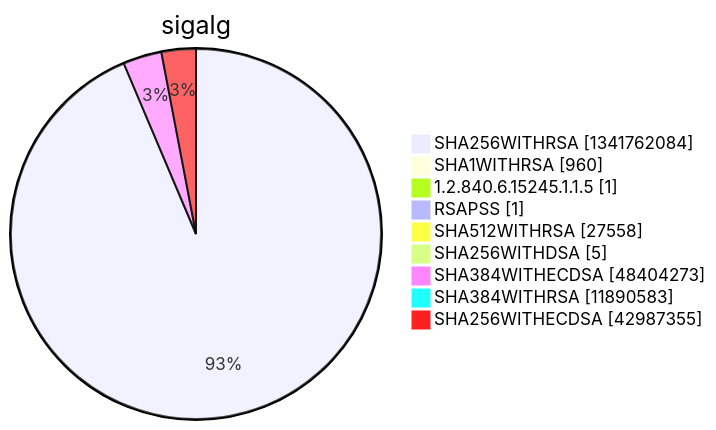
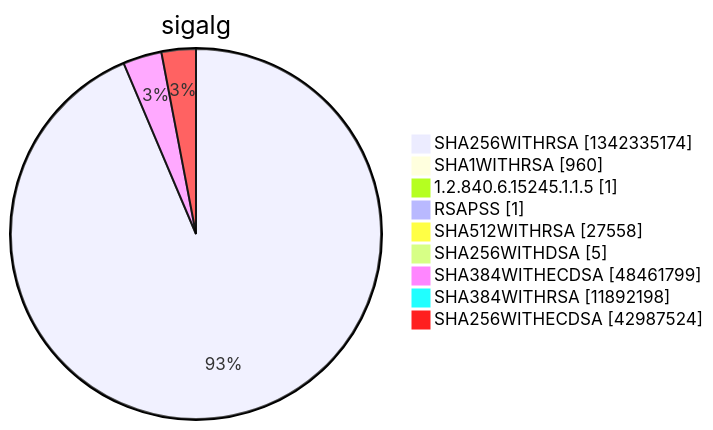
Diagram 15 of 15 in argon2022/README.md (christiankrug/ctmonitor_visualization), drawn with Mermaid before and after one commit. The commit also changed other lines of this file, not shown here.

````diff
--- a/argon2022/README.md
+++ b/argon2022/README.md
@@ -5524,13 +5524,13 @@
 ```mermaid
 pie showData
 title sigalg
-"SHA256WITHRSA" :1341762084
+"SHA256WITHRSA" :1342335174
 "SHA1WITHRSA" :960
 "1.2.840.6.15245.1.1.5" :1
 "RSAPSS" :1
 "SHA512WITHRSA" :27558
 "SHA256WITHDSA" :5
-"SHA384WITHECDSA" :48404273
-"SHA384WITHRSA" :11890583
-"SHA256WITHECDSA" :42987355
+"SHA384WITHECDSA" :48461799
+"SHA384WITHRSA" :11892198
+"SHA256WITHECDSA" :42987524
 ```
````
